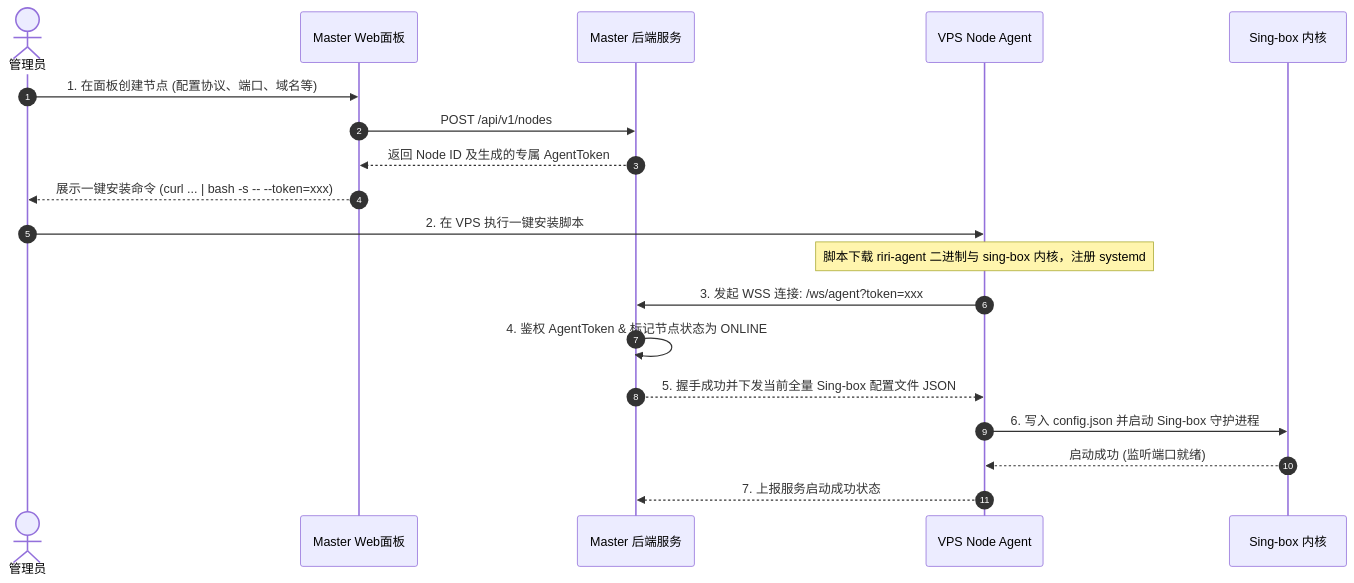
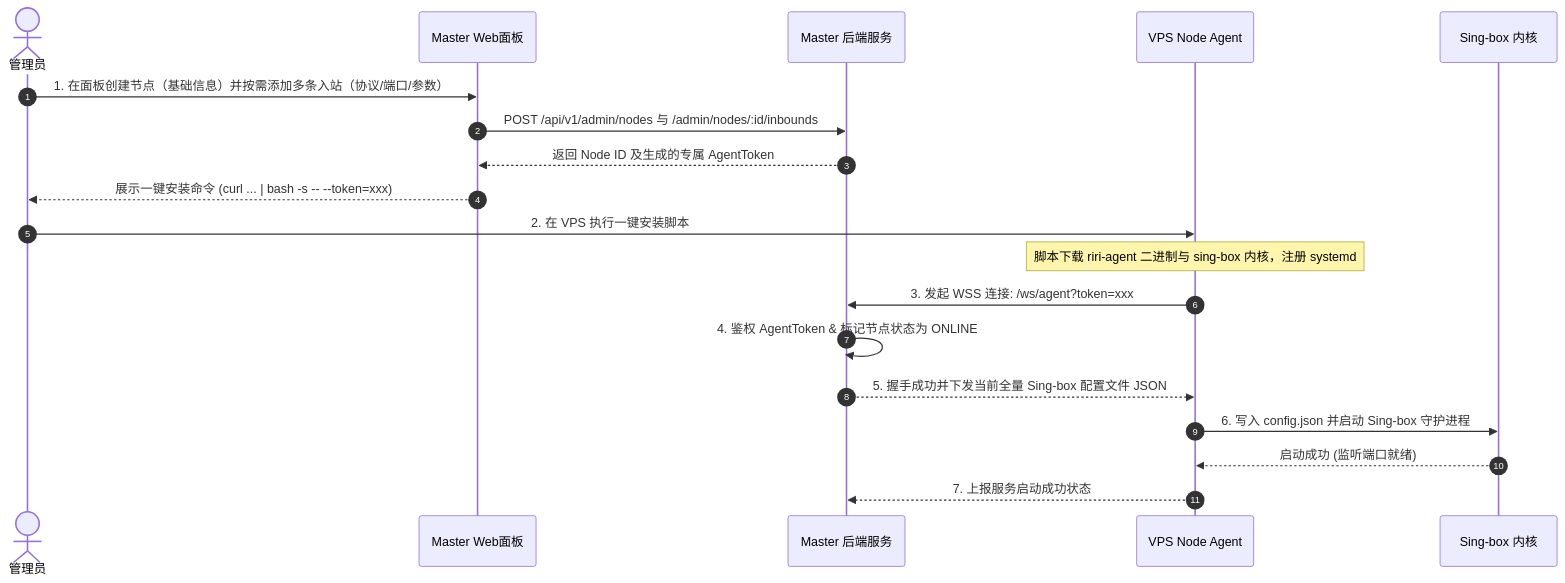
One commit to Nanako660/riricloud changed the second of 3 diagrams in docs/ARCHITECTURE.md. Above: the diagram before and after it, drawn with Mermaid. The commit also changed other lines of this file and 52 other files, not shown here.

````diff
--- a/docs/ARCHITECTURE.md
+++ b/docs/ARCHITECTURE.md
@@ -80,23 +83,23 @@
 ```mermaid
 sequenceDiagram
     autonumber
     actor Admin as 管理员
     participant Web as Master Web面板
     participant Master as Master 后端服务
     participant Agent as VPS Node Agent
     participant Singbox as Sing-box 内核
 
-    Admin->>Web: 1. 在面板创建节点 (配置协议、端口、域名等)
-    Web->>Master: POST /api/v1/nodes
+    Admin->>Web: 1. 在面板创建节点（基础信息）并按需添加多条入站（协议/端口/参数）
+    Web->>Master: POST /api/v1/admin/nodes 与 /admin/nodes/:id/inbounds
     Master-->>Web: 返回 Node ID 及生成的专属 AgentToken
     Web-->>Admin: 展示一键安装命令 (curl ... | bash -s -- --token=xxx)
     
     Admin->>Agent: 2. 在 VPS 执行一键安装脚本
     Note over Agent: 脚本下载 riri-agent 二进制与 sing-box 内核，注册 systemd
     Agent->>Master: 3. 发起 WSS 连接: /ws/agent?token=xxx
     Master->>Master: 4. 鉴权 AgentToken & 标记节点状态为 ONLINE
     Master-->>Agent: 5. 握手成功并下发当前全量 Sing-box 配置文件 JSON
     Agent->>Singbox: 6. 写入 config.json 并启动 Sing-box 守护进程
     Singbox-->>Agent: 启动成功 (监听端口就绪)
     Agent-->>Master: 7. 上报服务启动成功状态
 ```
````
